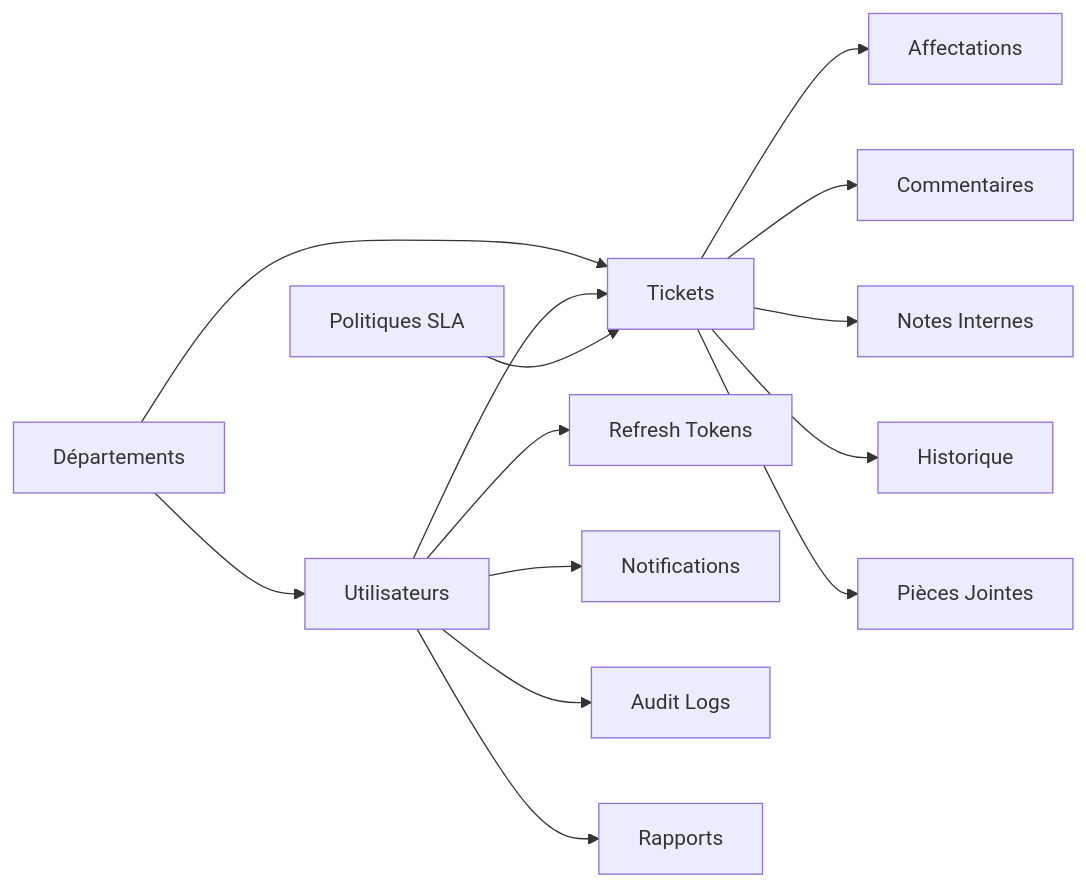
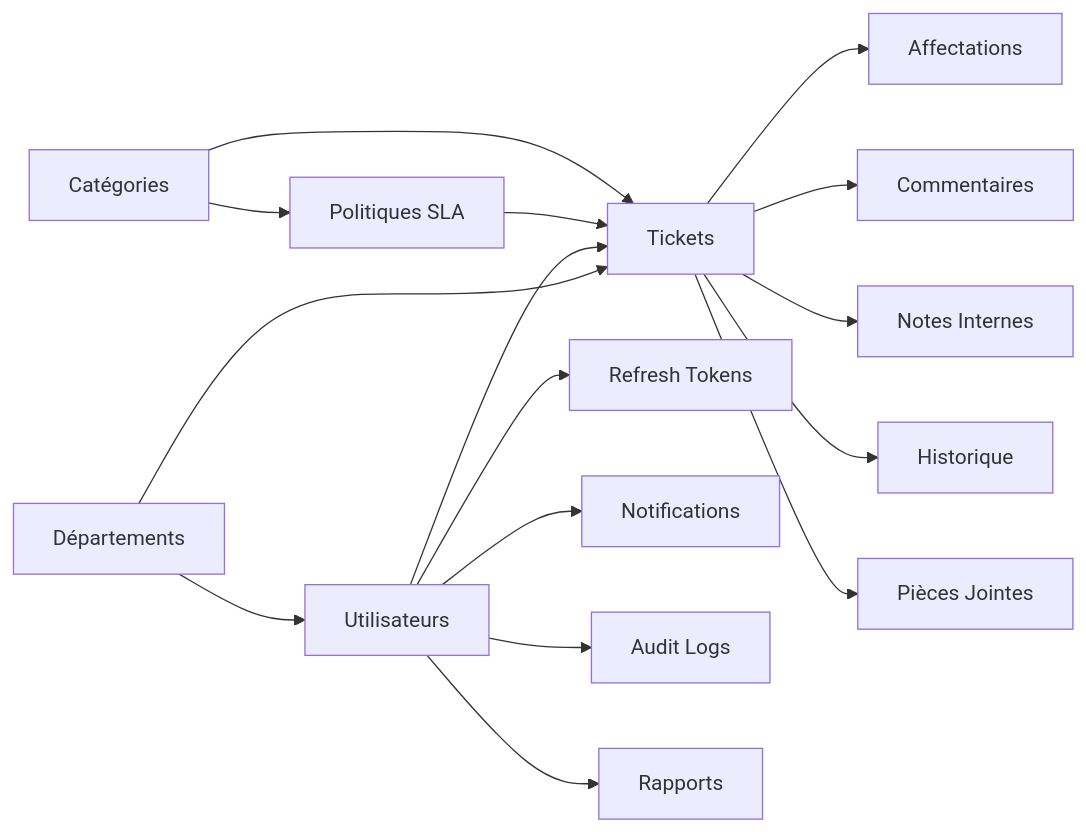
Before and after one commit to enockmigjr/Test-Backend-Telecom: the diagram in README.md, drawn with Mermaid. The commit also changed other lines of this file and 4 other files, not shown here.

````diff
--- a/README.md
+++ b/README.md
@@ -83,16 +196,18 @@
 ```mermaid
 flowchart LR
     D[Départements] --> U[Utilisateurs]
     D --> T[Tickets]
     U --> T
     T --> TA[Affectations]
     T --> TC[Commentaires]
     T --> TN[Notes Internes]
     T --> TH[Historique]
     T --> AT[Pièces Jointes]
     U --> RT[Refresh Tokens]
     U --> NT[Notifications]
     U --> AL[Audit Logs]
     U --> RP[Rapports]
     SLA[Politiques SLA] --> T
+    CAT[Catégories] --> T
+    CAT --> SLA
 ```
````
